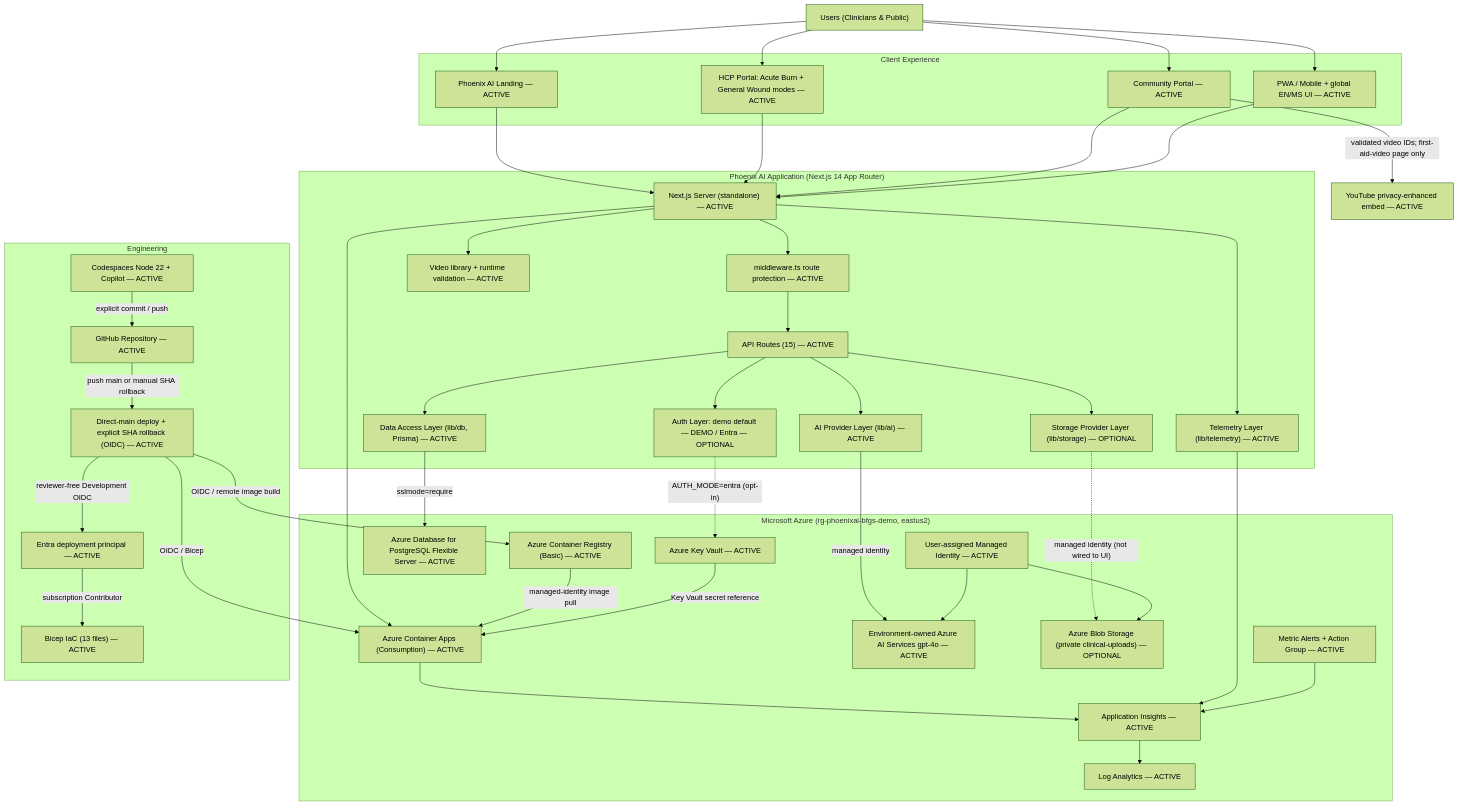
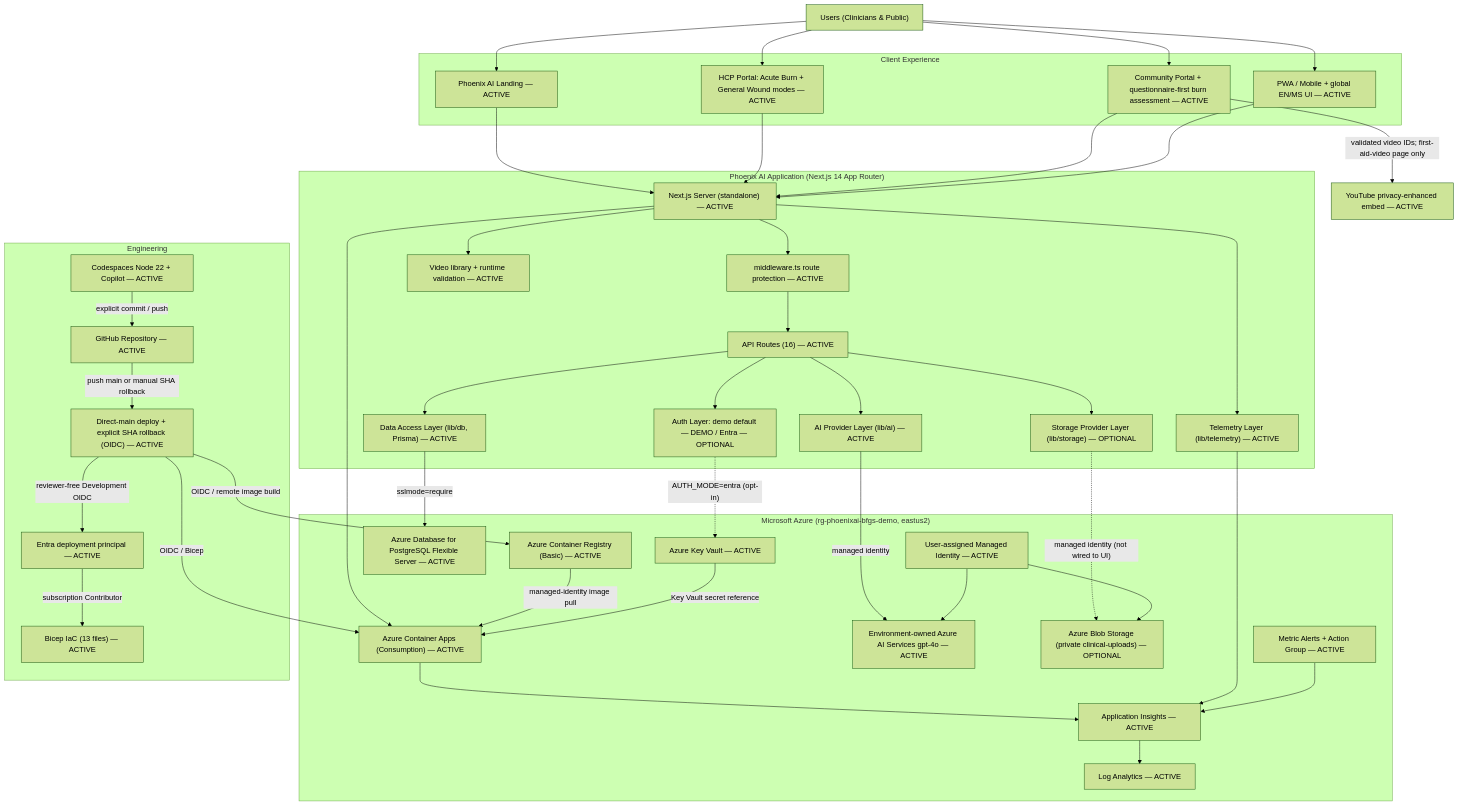
One commit to polyfuze4336-bot/phoenix-ai-azure changed the diagram in docs/architecture/current-architecture.md. Above: the diagram before and after it, drawn with Mermaid (forest theme). The commit also changed 7 other files, not shown here.

```diff
--- a/docs/architecture/current-architecture.md
+++ b/docs/architecture/current-architecture.md
@@ -59,14 +59,14 @@
     subgraph CLIENT["Client Experience"]
         Landing["Phoenix AI Landing — ACTIVE"]
         HCP["HCP Portal: Acute Burn + General Wound modes — ACTIVE"]
-        Community["Community Portal — ACTIVE"]
+        Community["Community Portal + questionnaire-first burn assessment — ACTIVE"]
         PWA["PWA / Mobile + global EN/MS UI — ACTIVE"]
     end
 
     subgraph APP["Phoenix AI Application (Next.js 14 App Router)"]
         Next["Next.js Server (standalone) — ACTIVE"]
         MW["middleware.ts route protection — ACTIVE"]
-        API["API Routes (15) — ACTIVE"]
+        API["API Routes (16) — ACTIVE"]
         Auth["Auth Layer: demo default — DEMO / Entra — OPTIONAL"]
         AIProvider["AI Provider Layer (lib/ai) — ACTIVE"]
         Data["Data Access Layer (lib/db, Prisma) — ACTIVE"]
```
